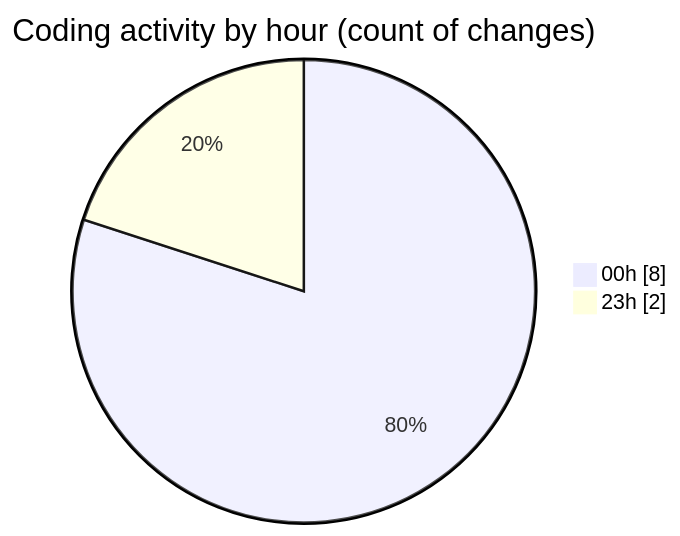
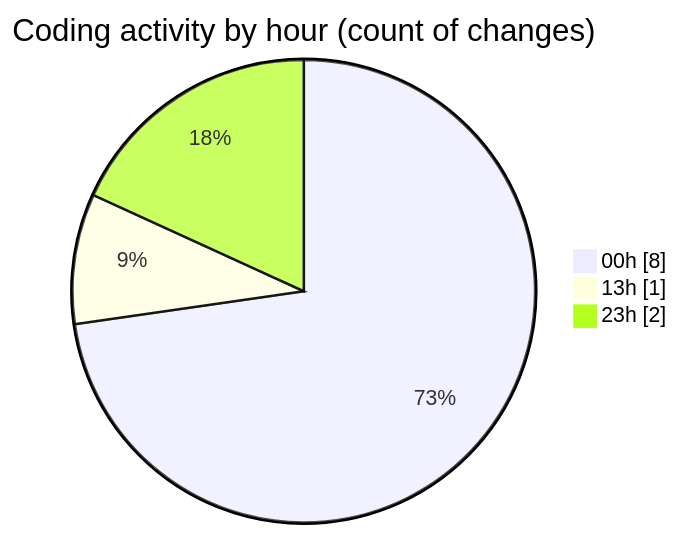
Before and after one commit to momahboobian/code-tracking: the second of 2 diagrams in 2025-01-15/github-activity-tracker/README.md, drawn with Mermaid. The commit also changed other lines of this file and 1 other file, not shown here.

````diff
--- a/2025-01-15/github-activity-tracker/README.md
+++ b/2025-01-15/github-activity-tracker/README.md
@@ -33,6 +35,7 @@
 ```mermaid
 pie showData
 title Coding activity by hour (count of changes)
 "00h" : 8
+"13h" : 1
 "23h" : 2
 ```
````
